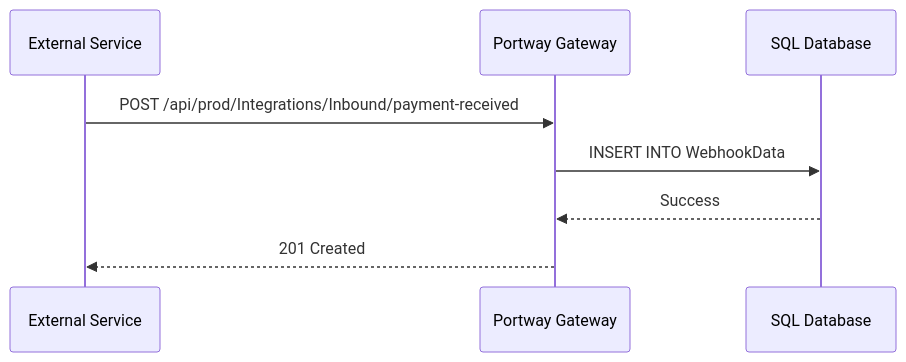
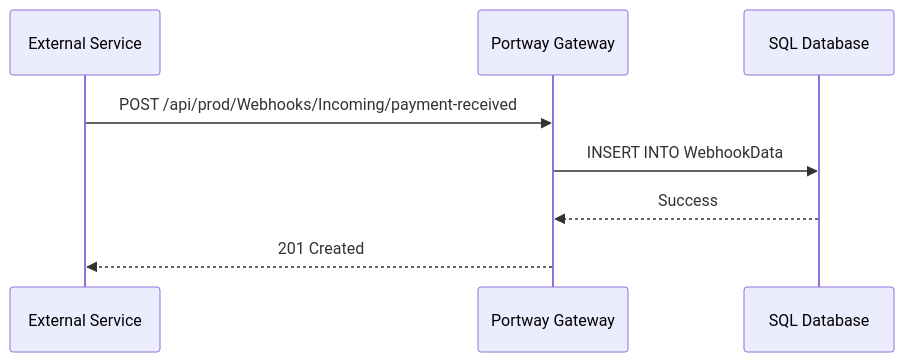
Before and after one commit to melosso/portway: the diagram in Documentation/docs/guide/endpoints-webhook.md, drawn with Mermaid. The commit also changed other lines of this file and 158 other files, not shown here.

````diff
--- a/Documentation/docs/guide/endpoints-webhook.md
+++ b/Documentation/docs/guide/endpoints-webhook.md
@@ -14,11 +14,11 @@
 ```mermaid
 sequenceDiagram
     participant External as External Service
     participant Portway as Portway Gateway
     participant DB as SQL Database
 
-    External->>Portway: POST /api/prod/Integrations/Inbound/payment-received
+    External->>Portway: POST /api/prod/Webhooks/Incoming/payment-received
     Portway->>DB: INSERT INTO WebhookData
     DB-->>Portway: Success
     Portway-->>External: 201 Created
 ```
````
